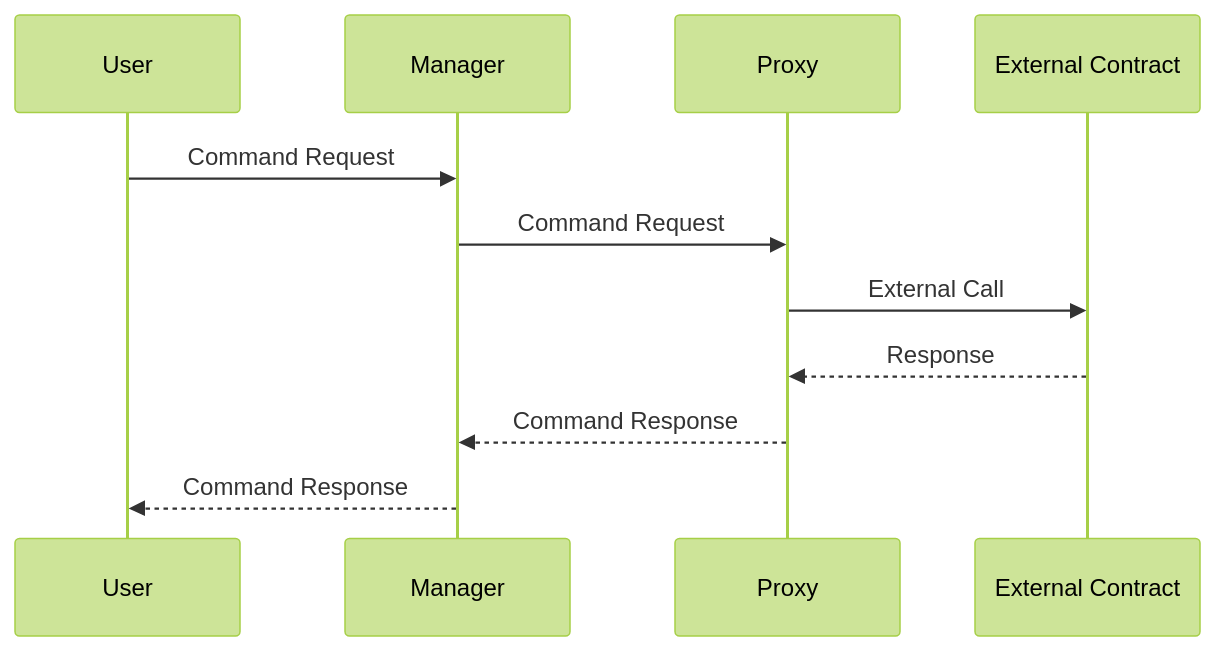
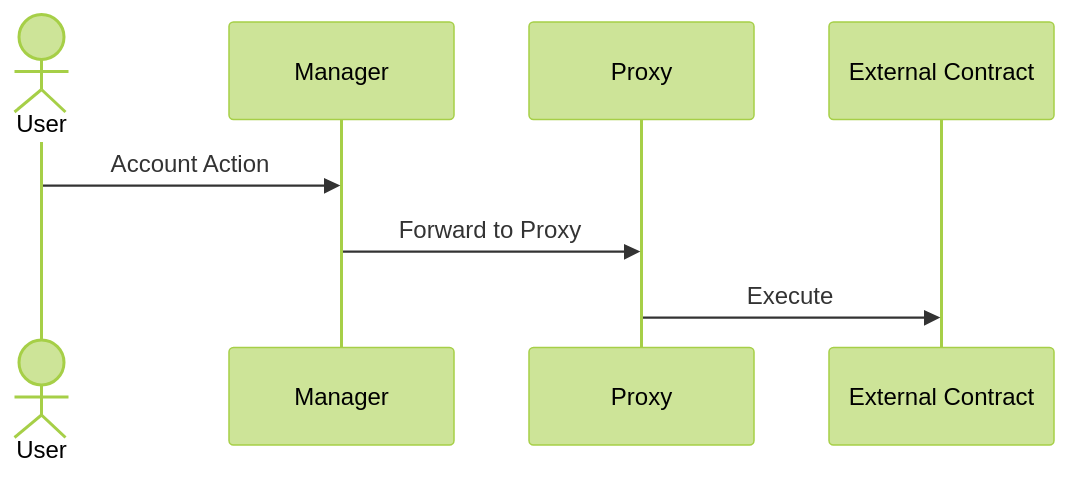
Before and after one commit to AbstractSDK/abstract: the diagram in docs/src/sdk/architecture.md, drawn with Mermaid (forest theme). The commit also changed other lines of this file and 28 other files, not shown here.

````diff
--- a/docs/src/sdk/architecture.md
+++ b/docs/src/sdk/architecture.md
@@ -32,16 +32,13 @@
 ```mermaid
 sequenceDiagram
-    participant User
+    actor User
     participant Manager
     participant Proxy
     participant External Contract
 
 
-    User->>Manager: Command Request
-    Manager->>Proxy: Command Request
-    Proxy->>External Contract: External Call
-    External Contract-->>Proxy: Response
-    Proxy-->>Manager: Command Response
-    Manager-->>User: Command Response
+    User->>Manager: Account Action
+    Manager->>Proxy: Forward to Proxy
+    Proxy->>External Contract: Execute
   
 ```
````
